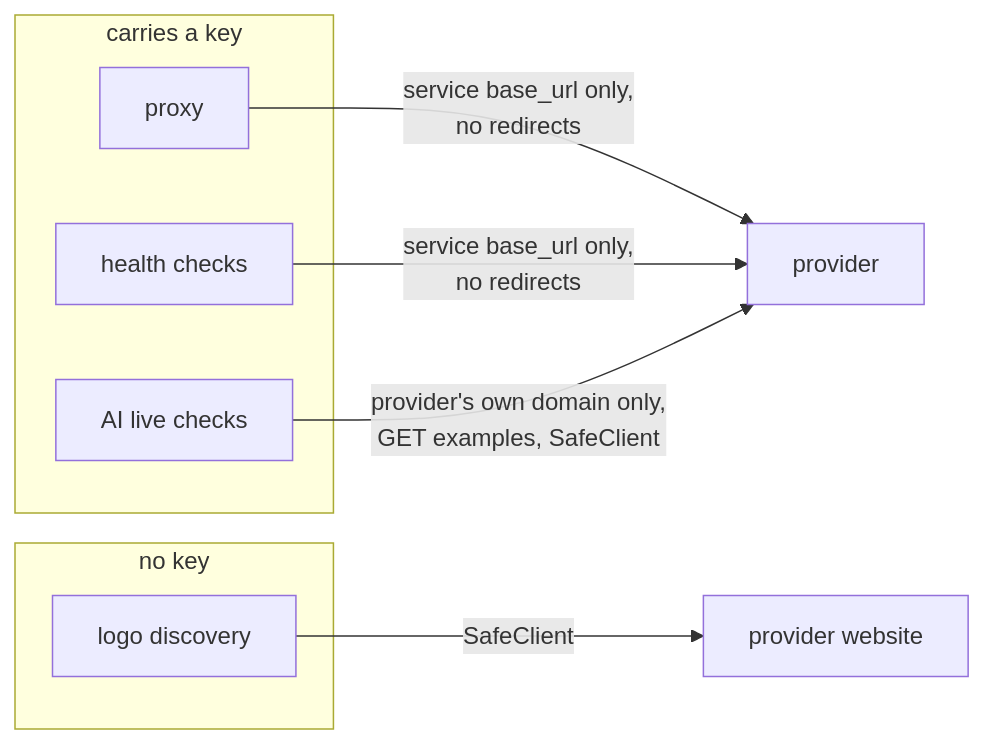
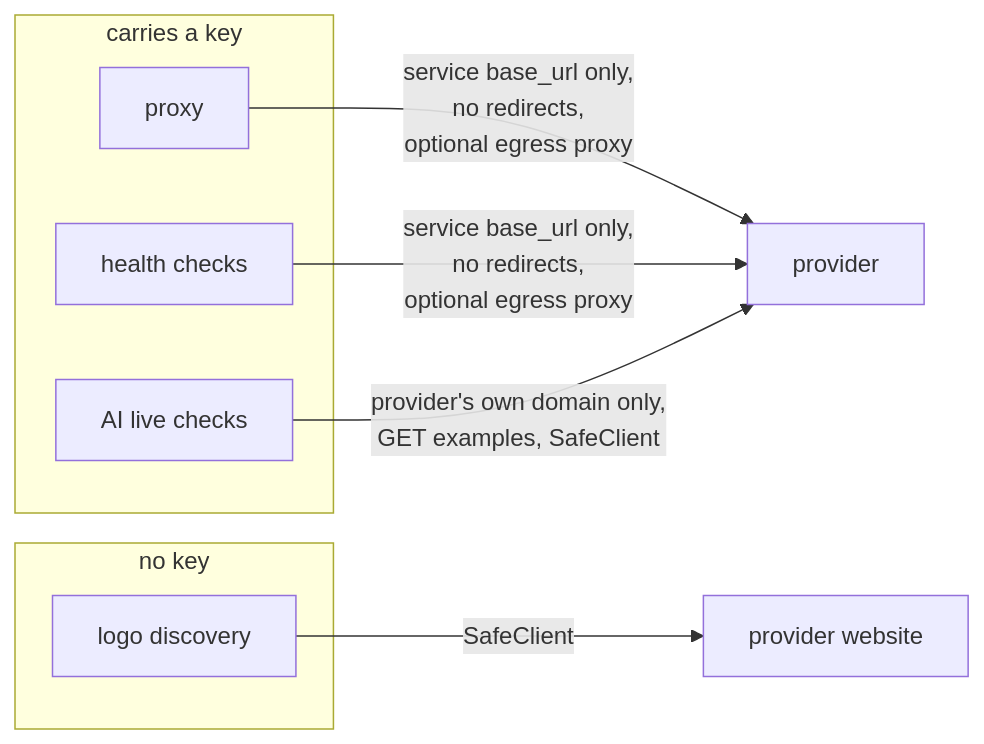
Before and after one commit to sidharthpunathil/acnologia: the third of 3 diagrams in docs/security.md, drawn with Mermaid. The commit also changed other lines of this file and 12 other files, not shown here.

````diff
--- a/docs/security.md
+++ b/docs/security.md
@@ -152,15 +152,15 @@
 ```mermaid
 flowchart LR
     subgraph With["carries a key"]
         P["proxy"]
         H["health checks"]
         L["AI live checks"]
     end
     subgraph Without["no key"]
         Logo["logo discovery"]
     end
-    P -->|"service base_url only,<br/>no redirects"| Prov[provider]
-    H -->|"service base_url only,<br/>no redirects"| Prov
+    P -->|"service base_url only,<br/>no redirects,<br/>optional egress proxy"| Prov[provider]
+    H -->|"service base_url only,<br/>no redirects,<br/>optional egress proxy"| Prov
     L -->|"provider's own domain only,<br/>GET examples, SafeClient"| Prov
     Logo -->|"SafeClient"| Site[provider website]
 ```
````
